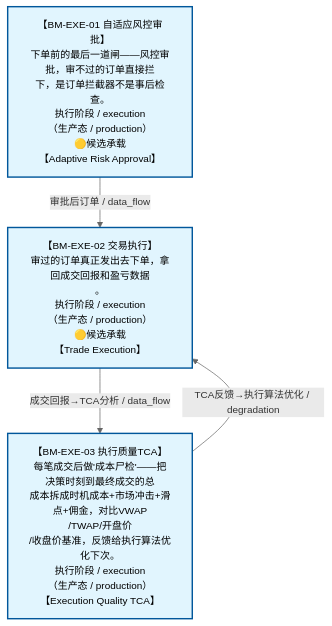
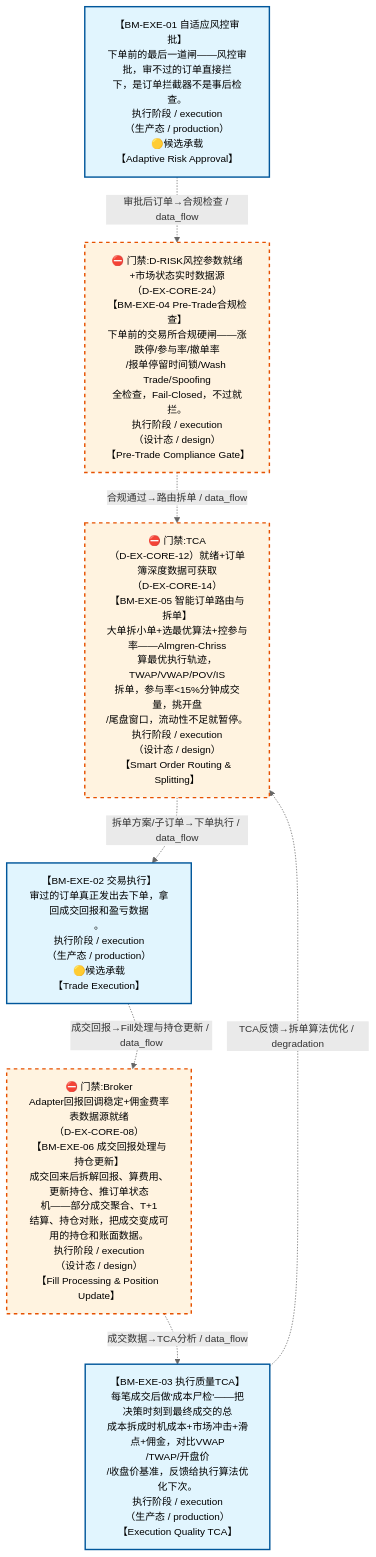
Before and after one commit to xuanFelixVan/ZephyrAlpha: the diagram in docs/02_enterprise_architecture/07_trading_decision_architecture/battle_map/battle_map_05_execution.md, drawn with Mermaid. The commit also changed other lines of this file and 7 other files, not shown here.

````diff
--- a/docs/02_enterprise_architecture/07_trading_decision_architecture/battle_map/battle_map_05_execution.md
+++ b/docs/02_enterprise_architecture/07_trading_decision_architecture/battle_map/battle_map_05_execution.md
@@ -38,18 +38,25 @@
 ```mermaid
 %%{init: {'theme': 'base', 'themeVariables': {'primaryColor': '#eaeaea', 'primaryTextColor': '#333333', 'primaryBorderColor': '#666666', 'lineColor': '#666666', 'secondaryColor': '#eaeaea', 'tertiaryColor': '#eaeaea', 'clusterBkg': 'transparent', 'clusterBorder': 'transparent', 'fontSize': '14px'}}}%%
 %% 执行阶段图
 flowchart TD
     BM_EXE_01["【BM-EXE-01 自适应风控审批】<br/>下单前的最后一道闸——风控审批，审不过的订单直接拦<br/>下，是订单拦截器不是事后检查。<br/>执行阶段 / execution<br/>（生产态 / production）<br/>🟡候选承载<br/>【Adaptive Risk Approval】"]
+    BM_EXE_04["⛔ 门禁:D-RISK风控参数就绪+市场状态实时数据源<br/>（D-EX-CORE-24）<br/>【BM-EXE-04 Pre-Trade合规检查】<br/>下单前的交易所合规硬闸——涨跌停/参与率/撤单率<br/>/报单停留时间锁/Wash Trade/Spoofing<br/>全检查，Fail-Closed，不过就拦。<br/>执行阶段 / execution<br/>（设计态 / design）<br/>【Pre-Trade Compliance Gate】"]
+    BM_EXE_05["⛔ 门禁:TCA<br/>（D-EX-CORE-12）就绪+订单簿深度数据可获取<br/>（D-EX-CORE-14）<br/>【BM-EXE-05 智能订单路由与拆单】<br/>大单拆小单+选最优算法+控参与率——Almgren-Chriss<br/>算最优执行轨迹，TWAP/VWAP/POV/IS<br/>拆单，参与率&lt;15%分钟成交量，挑开盘<br/>/尾盘窗口，流动性不足就暂停。<br/>执行阶段 / execution<br/>（设计态 / design）<br/>【Smart Order Routing &amp; Splitting】"]
     BM_EXE_02["【BM-EXE-02 交易执行】<br/>审过的订单真正发出去下单，拿回成交回报和盈亏数据<br/>。<br/>执行阶段 / execution<br/>（生产态 / production）<br/>🟡候选承载<br/>【Trade Execution】"]
+    BM_EXE_06["⛔ 门禁:Broker<br/>Adapter回报回调稳定+佣金费率表数据源就绪<br/>（D-EX-CORE-08）<br/>【BM-EXE-06 成交回报处理与持仓更新】<br/>成交回来后拆解回报、算费用、更新持仓、推订单状态<br/>机——部分成交聚合、T+1<br/>结算、持仓对账，把成交变成可用的持仓和账面数据。<br/>执行阶段 / execution<br/>（设计态 / design）<br/>【Fill Processing &amp; Position Update】"]
     BM_EXE_03["【BM-EXE-03 执行质量TCA】<br/>每笔成交后做'成本尸检'——把决策时刻到最终成交的总<br/>成本拆成时机成本+市场冲击+滑点+佣金，对比VWAP<br/>/TWAP/开盘价<br/>/收盘价基准，反馈给执行算法优化下次。<br/>执行阶段 / execution<br/>（生产态 / production）<br/>【Execution Quality TCA】"]
-    BM_EXE_02 ~~~ BM_EXE_03
-    BM_EXE_01 -->|审批后订单 / data_flow| BM_EXE_02
-    BM_EXE_02 -->|成交回报→TCA分析 / data_flow| BM_EXE_03
-    BM_EXE_03 -->|TCA反馈→执行算法优化 / degradation| BM_EXE_02
+    BM_EXE_05 ~~~ BM_EXE_02 ~~~ BM_EXE_06 ~~~ BM_EXE_03
+    BM_EXE_01 -.->|审批后订单→合规检查 / data_flow| BM_EXE_04
+    BM_EXE_04 -.->|合规通过→路由拆单 / data_flow| BM_EXE_05
+    BM_EXE_05 -.->|拆单方案/子订单→下单执行 / data_flow| BM_EXE_02
+    BM_EXE_02 -.->|成交回报→Fill处理与持仓更新 / data_flow| BM_EXE_06
+    BM_EXE_06 -.->|成交数据→TCA分析 / data_flow| BM_EXE_03
+    BM_EXE_03 -.->|TCA反馈→拆单算法优化 / degradation| BM_EXE_05
 classDef production fill:#e1f5fe,stroke:#01579b,stroke-width:2px,color:#000
 classDef design fill:#fff3e0,stroke:#e65100,stroke-width:2px,color:#000,stroke-dasharray: 5 5
 classDef deprecated fill:#ffebee,stroke:#c62828,stroke-width:2px,color:#000
 classDef missing fill:#eeeeee,stroke:#9e9e9e,stroke-width:2px,color:#000
 classDef candidate fill:#fffde7,stroke:#f9a825,stroke-width:2px,color:#000,stroke-dasharray: 5 5
     class BM_EXE_01,BM_EXE_02,BM_EXE_03 production
+    class BM_EXE_04,BM_EXE_05,BM_EXE_06 design
 ```
````
